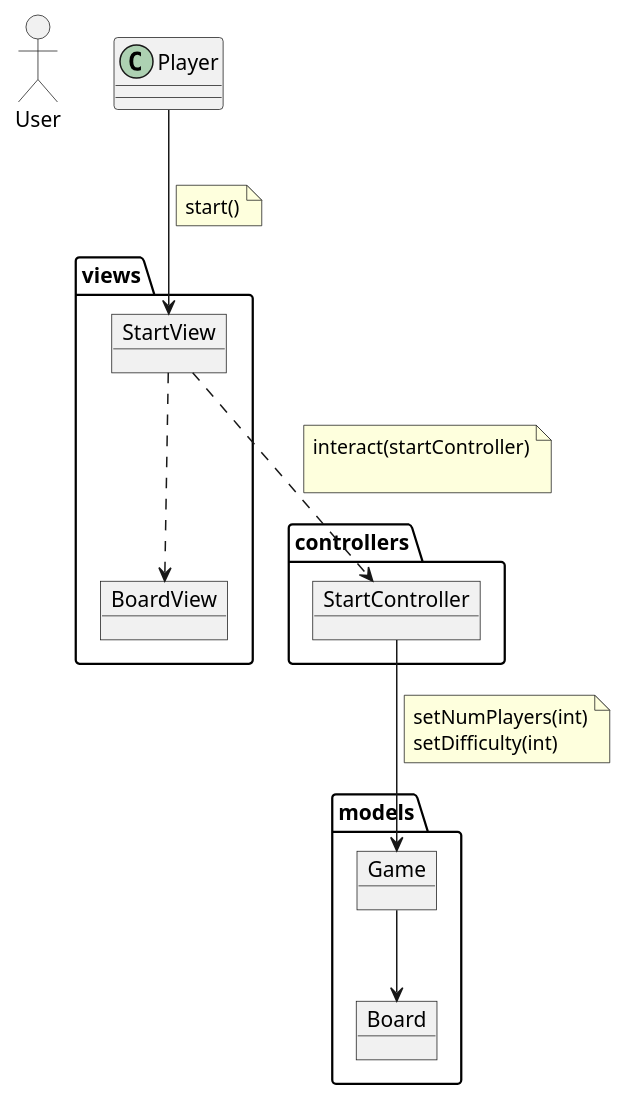
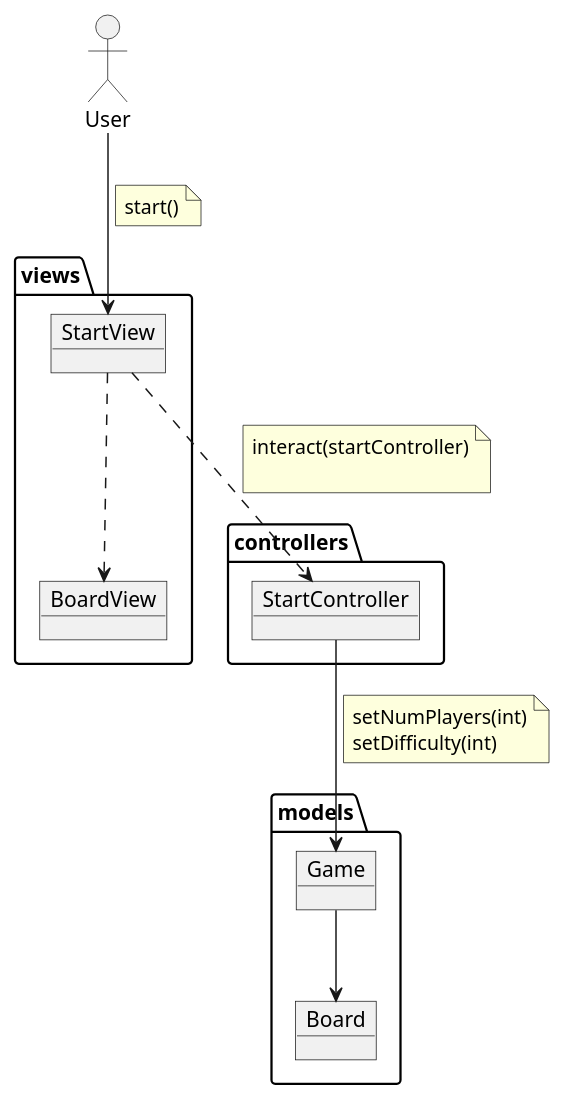
Before and after one commit to Master-Desarrollo-20-21/patrones-diseno---practica-final---juego-de-las-damas-fraylopez: the diagram in docs/src/analysis/use-cases/start-colab.plantuml, drawn with PlantUML.

Commit message:
fix move actor

```diff
--- a/docs/src/analysis/use-cases/start-colab.plantuml
+++ b/docs/src/analysis/use-cases/start-colab.plantuml
@@ -2,59 +2,59 @@
 @startuml start
 allow_mixing
 
 actor User
 
 package controllers  {
 
     object  StartController{
 
     }
 }
 
 
 package models  {
 
     object  Board{
 
     }
 
     object Game{
 
     }
 
     Game --> Board
 
 }
 
 
 package views {
     object BoardView{
 
     }
 
     object StartView{
 
     }
 
 
 }
 
-Player --> StartView
+User --> StartView
 note on link
     start()
 end note
 
 StartView ..> BoardView
 
 StartView ..> StartController
 note on link
     interact(startController)
 
 end note
 StartController --> Game
 note on link
     setNumPlayers(int)
     setDifficulty(int)
 end note
 
 @enduml
```
